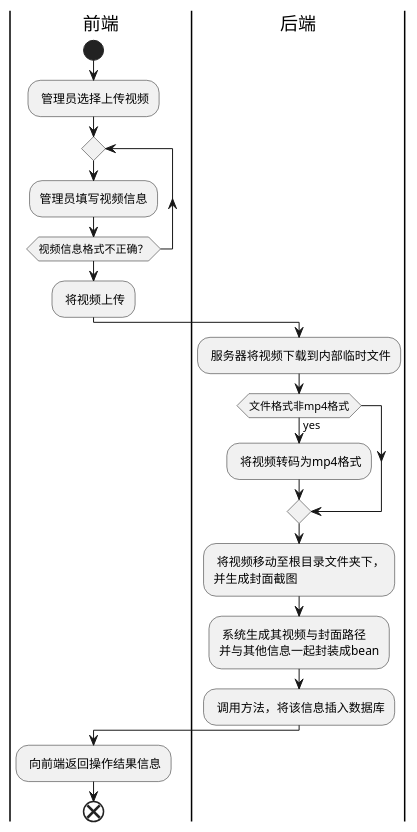
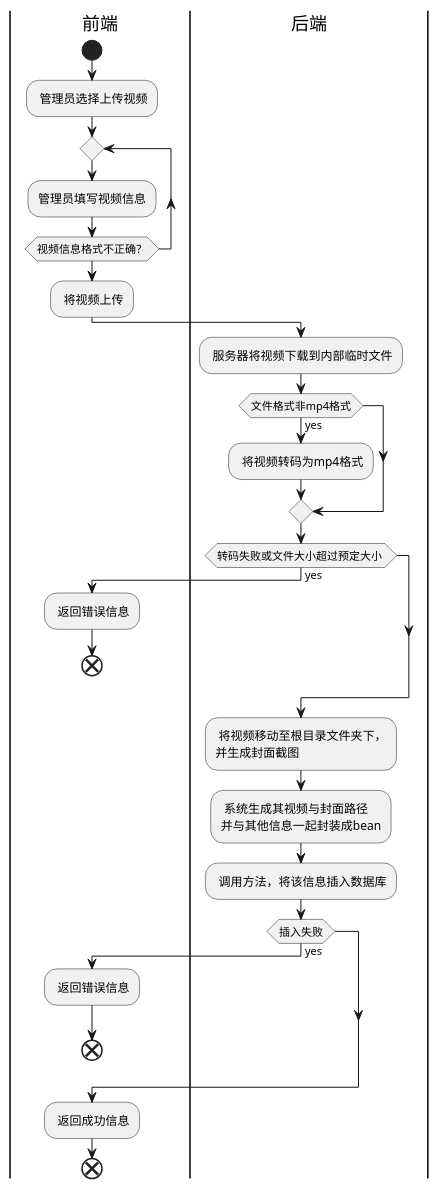
Before and after one commit to qwerqqwewq/DriveBook: the diagram in src/main/java/com/zte/drive/diag/activity_video_upload.puml, drawn with PlantUML. The commit also changed 1 other file, not shown here.

```diff
--- a/src/main/java/com/zte/drive/diag/activity_video_upload.puml
+++ b/src/main/java/com/zte/drive/diag/activity_video_upload.puml
@@ -1,20 +1,31 @@
 @startuml
 | 前端 |
 start
 : 管理员选择上传视频;
 repeat
 :管理员填写视频信息;
 repeat while (视频信息格式不正确？)
 : 将视频上传;
 | 后端 |
 : 服务器将视频下载到内部临时文件;
 if (文件格式非mp4格式) then (yes)
     : 将视频转码为mp4格式;
 endif
+if(转码失败或文件大小超过预定大小 )then(yes)
+    | 前端 |
+    : 返回错误信息;
+    end
+endif
+| 后端 |
 : 将视频移动至根目录文件夹下，\n并生成封面截图;
 : 系统生成其视频与封面路径\n并与其他信息一起封装成bean;
 : 调用方法，将该信息插入数据库;
+if (插入失败) then (yes)
+    | 前端 |
+    : 返回错误信息;
+    end
+endif
 | 前端 |
-: 向前端返回操作结果信息;
+: 返回成功信息;
 end
 @enduml
```
